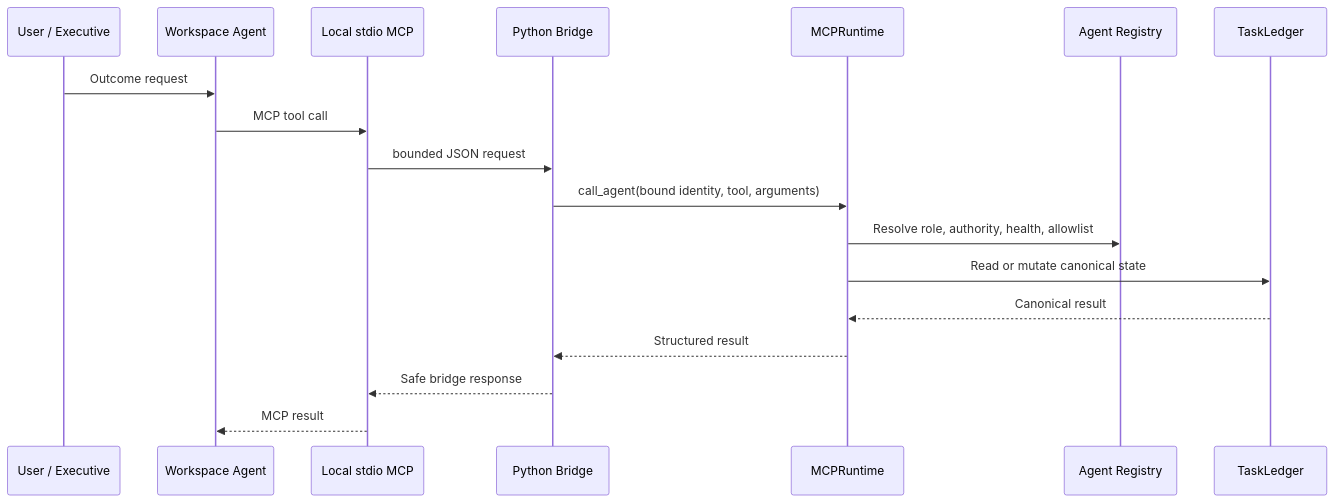
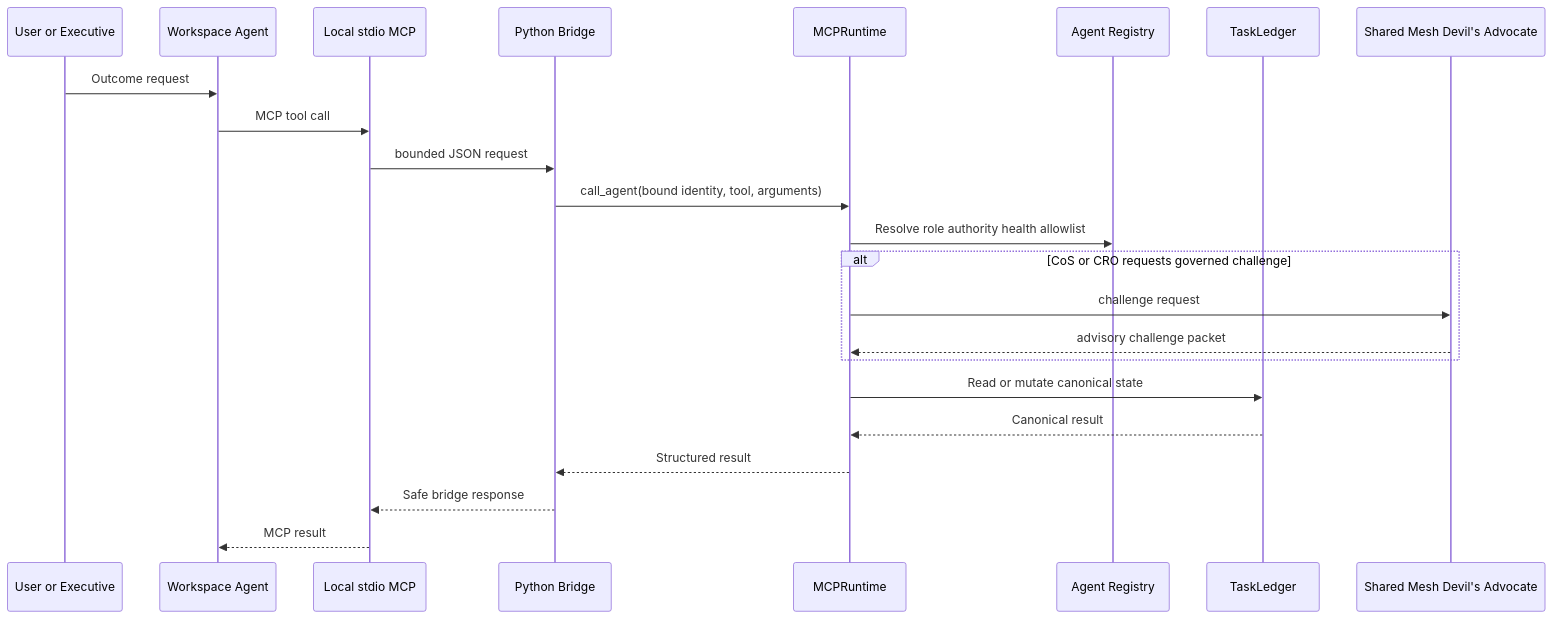
Before and after one commit to mkleinbe/mesh-ai-agent-cos-universe: the third of 3 diagrams in docs/architecture.md, drawn with Mermaid. The commit also changed other lines of this file, not shown here.

Commit message:
docs: refactor architecture to shared Devil's Advocate Skill

````diff
--- a/docs/architecture.md
+++ b/docs/architecture.md
@@ -69,21 +103,26 @@
 ```mermaid
 sequenceDiagram
-    participant U as User / Executive
+    participant U as User or Executive
     participant W as Workspace Agent
     participant S as Local stdio MCP
     participant B as Python Bridge
     participant M as MCPRuntime
     participant R as Agent Registry
     participant L as TaskLedger
+    participant D as Shared Mesh Devil's Advocate
 
     U->>W: Outcome request
     W->>S: MCP tool call
     S->>B: bounded JSON request
     B->>M: call_agent(bound identity, tool, arguments)
-    M->>R: Resolve role, authority, health, allowlist
+    M->>R: Resolve role authority health allowlist
+    alt CoS or CRO requests governed challenge
+        M->>D: challenge request
+        D-->>M: advisory challenge packet
+    end
     M->>L: Read or mutate canonical state
     L-->>M: Canonical result
     M-->>B: Structured result
     B-->>S: Safe bridge response
     S-->>W: MCP result
 ```
````
